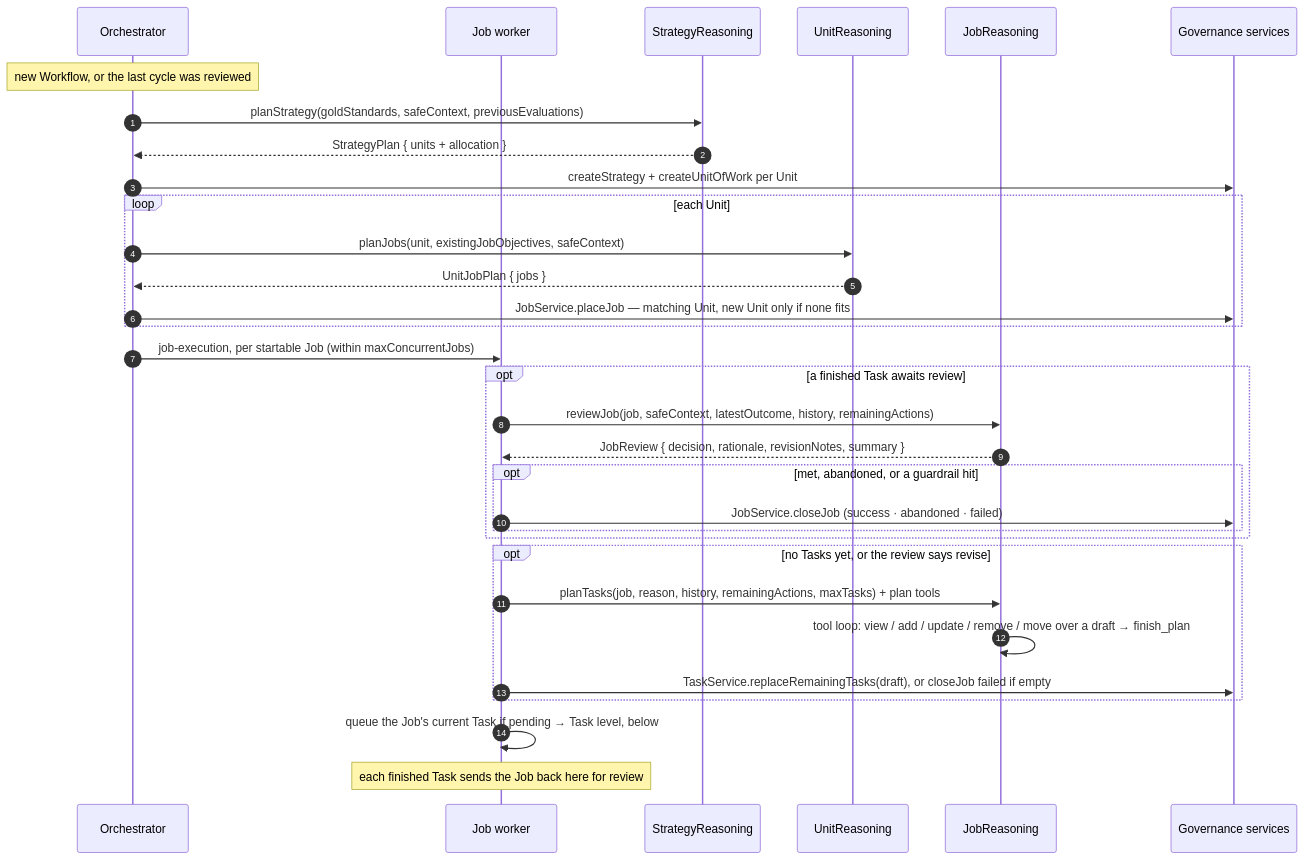
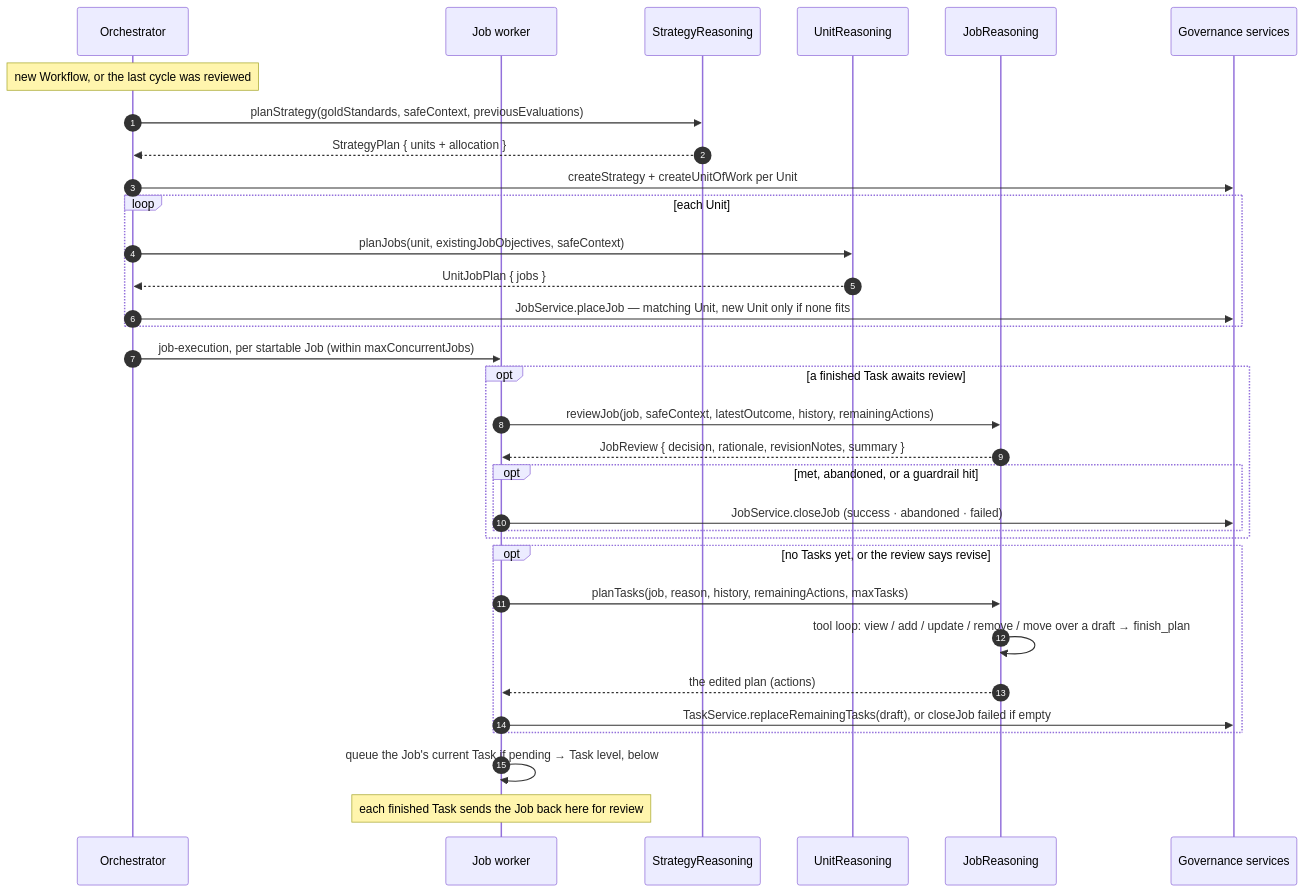
Before and after one commit to BaraaSoft/agentcores: the second of 5 diagrams in packages/backend/src/reasoning/tech-spec.md, drawn with Mermaid. The commit also changed other lines of this file and 10 other files, not shown here.

First line of the commit message:
Refactor job planning and reasoning tools for improved task management

````diff
--- a/packages/backend/src/reasoning/tech-spec.md
+++ b/packages/backend/src/reasoning/tech-spec.md
@@ -95,35 +95,36 @@
 ```mermaid
 sequenceDiagram
     autonumber
     participant O as Orchestrator
     participant JW as Job worker
     participant S as StrategyReasoning
     participant U as UnitReasoning
     participant J as JobReasoning
     participant DB as Governance services
 
     Note over O: new Workflow, or the last cycle was reviewed
     O->>S: planStrategy(goldStandards, safeContext, previousEvaluations)
     S-->>O: StrategyPlan { units + allocation }
     O->>DB: createStrategy + createUnitOfWork per Unit
     loop each Unit
         O->>U: planJobs(unit, existingJobObjectives, safeContext)
         U-->>O: UnitJobPlan { jobs }
         O->>DB: JobService.placeJob — matching Unit, new Unit only if none fits
     end
     O->>JW: job-execution, per startable Job (within maxConcurrentJobs)
     opt a finished Task awaits review
         JW->>J: reviewJob(job, safeContext, latestOutcome, history, remainingActions)
         J-->>JW: JobReview { decision, rationale, revisionNotes, summary }
         opt met, abandoned, or a guardrail hit
             JW->>DB: JobService.closeJob (success · abandoned · failed)
         end
     end
     opt no Tasks yet, or the review says revise
-        JW->>J: planTasks(job, reason, history, remainingActions, maxTasks) + plan tools
+        JW->>J: planTasks(job, reason, history, remainingActions, maxTasks)
         J->>J: tool loop: view / add / update / remove / move over a draft → finish_plan
+        J-->>JW: the edited plan (actions)
         JW->>DB: TaskService.replaceRemainingTasks(draft), or closeJob failed if empty
     end
     JW->>JW: queue the Job's current Task if pending → Task level, below
     Note over JW: each finished Task sends the Job back here for review
 ```
````
